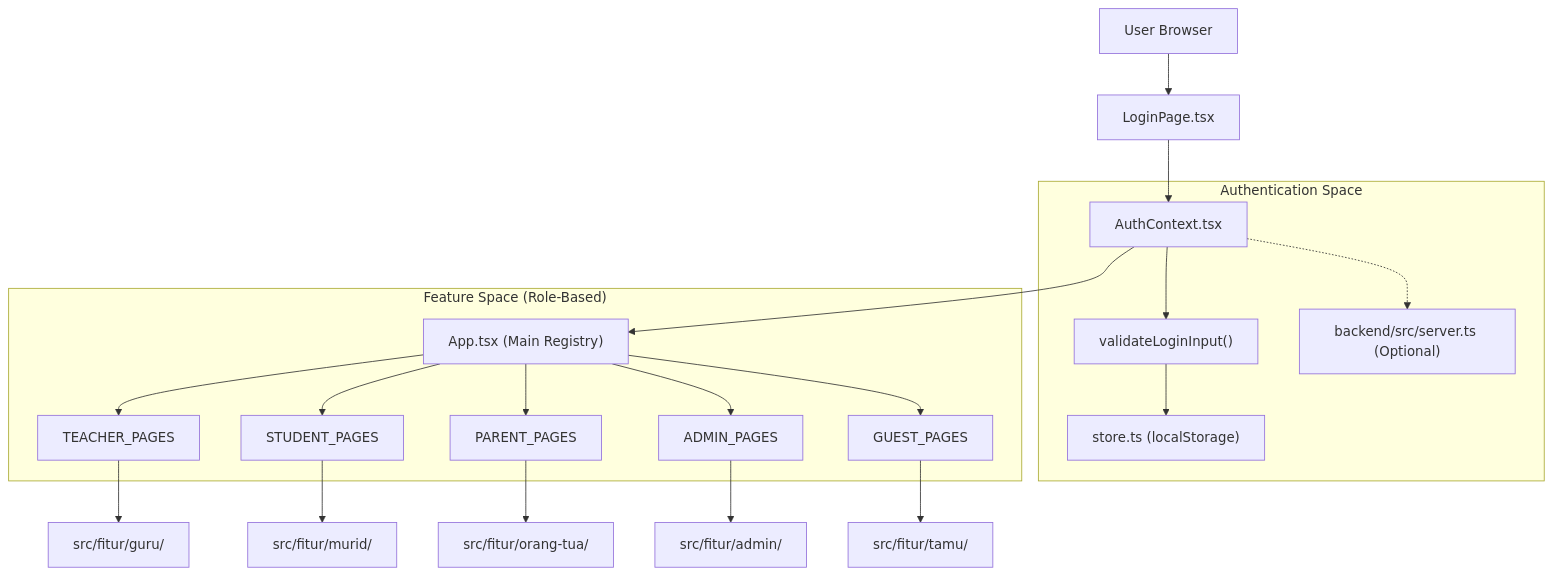
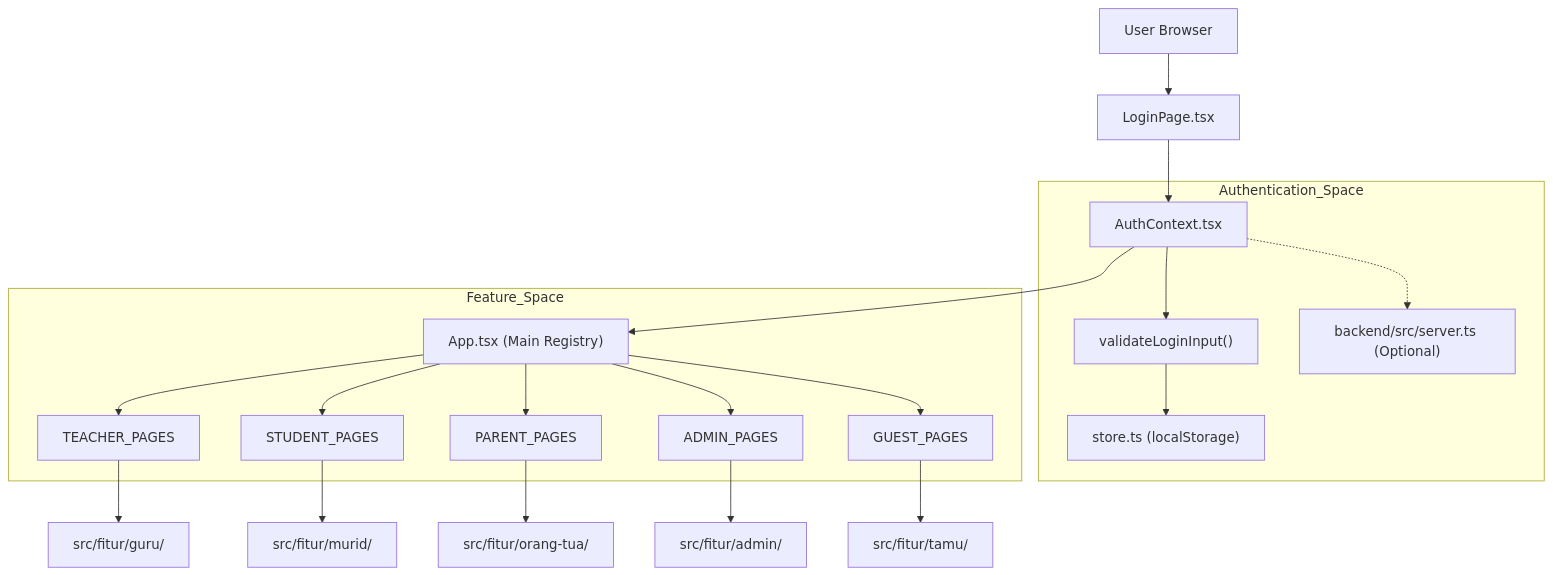
The first of 24 diagrams in README.md (Delta-Polder-Indonesia/siakad-sekolah), drawn with Mermaid before and after one commit. The commit also changed other lines of this file and 13 other files, not shown here.

````diff
--- a/README.md
+++ b/README.md
@@ -370,27 +370,27 @@
 ```mermaid
 graph TD
     User["User Browser"] --> Login["LoginPage.tsx"]
     Login --> AuthContext["AuthContext.tsx"]
 
-    subgraph "Authentication Space"
+    subgraph Authentication_Space
         AuthContext --> Validate["validateLoginInput()"]
         Validate --> Store["store.ts (localStorage)"]
         AuthContext -.-> Backend["backend/src/server.ts (Optional)"]
     end
 
     AuthContext --> App["App.tsx (Main Registry)"]
 
-    subgraph "Feature Space (Role-Based)"
+    subgraph Feature_Space
         App --> Teacher["TEACHER_PAGES"]
         App --> Student["STUDENT_PAGES"]
         App --> Parent["PARENT_PAGES"]
         App --> Admin["ADMIN_PAGES"]
         App --> Guest["GUEST_PAGES"]
     end
 
     Teacher --> GuruDir["src/fitur/guru/"]
     Student --> MuridDir["src/fitur/murid/"]
     Parent --> OrtuDir["src/fitur/orang-tua/"]
     Admin --> AdminDir["src/fitur/admin/"]
     Guest --> TamuDir["src/fitur/tamu/"]
 ```
````
